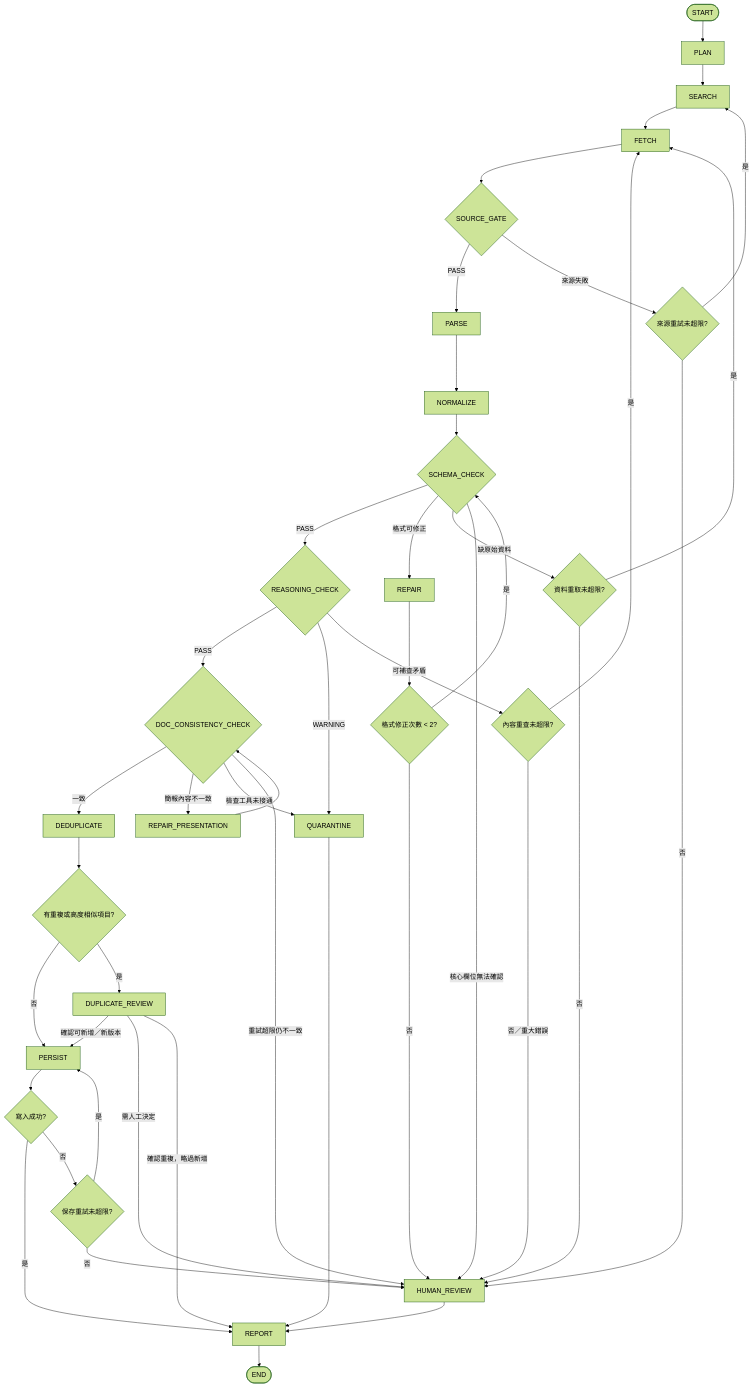
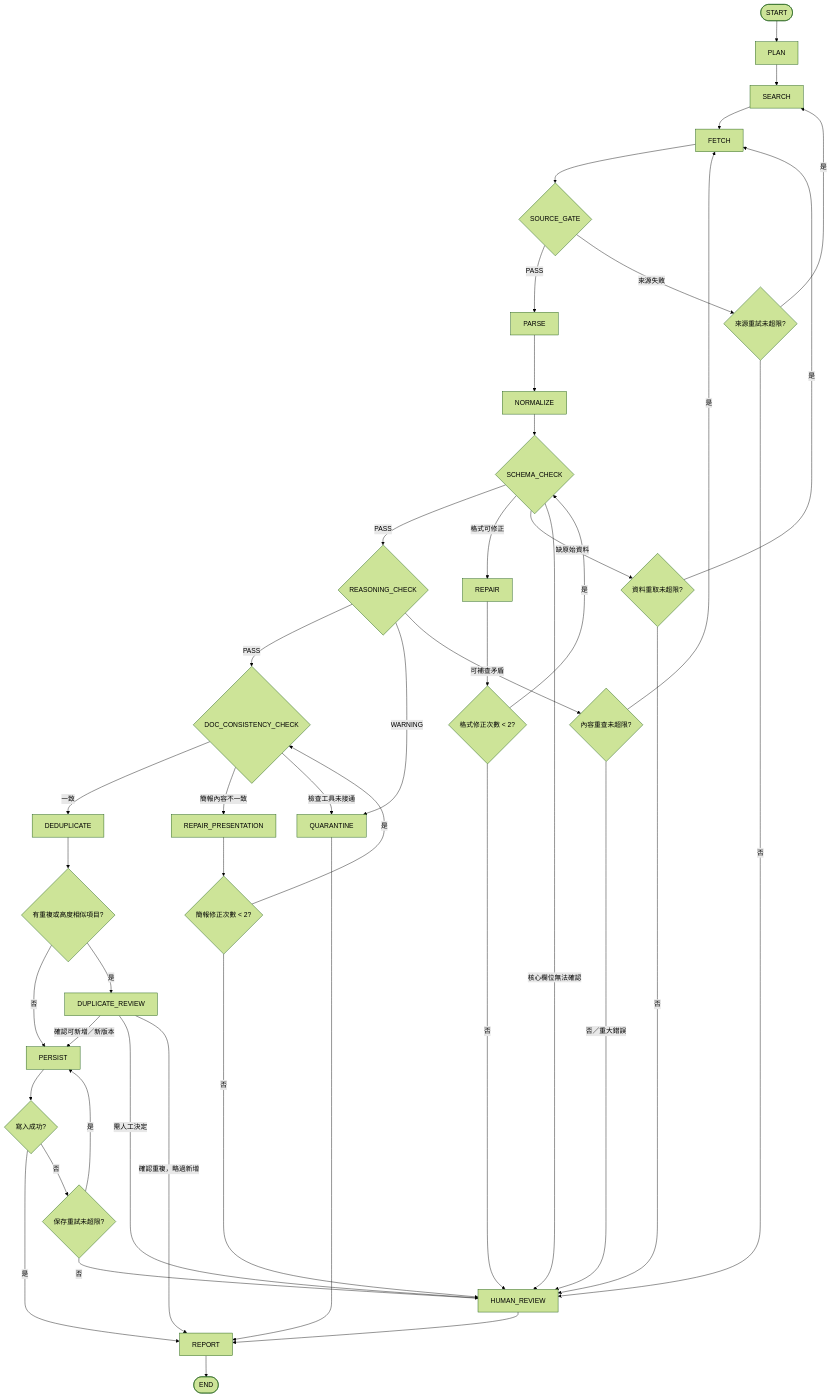
The diagram in workflows/recipe-graph.md (b101113002/Baking-wiki), drawn with Mermaid (forest theme) before and after one commit.

Commit message:
Add bounded presentation repair loop to Graph diagram

````diff
--- a/workflows/recipe-graph.md
+++ b/workflows/recipe-graph.md
@@ -39,41 +39,42 @@
 ```mermaid
 flowchart TD
     A([START]) --> B[PLAN] --> C[SEARCH] --> D[FETCH] --> E{SOURCE_GATE}
     E -->|PASS| F[PARSE]
     E -->|來源失敗| R1{來源重試未超限?}
     R1 -->|是| C
     R1 -->|否| H[HUMAN_REVIEW]
     F --> G[NORMALIZE] --> I{SCHEMA_CHECK}
     I -->|PASS| J{REASONING_CHECK}
     I -->|格式可修正| K[REPAIR] --> R5{格式修正次數 < 2?}
     R5 -->|是| I
     R5 -->|否| H
     I -->|缺原始資料| R2{資料重取未超限?}
     R2 -->|是| D
     R2 -->|否| H
     I -->|核心欄位無法確認| H
     J -->|PASS| DC{DOC_CONSISTENCY_CHECK}
     J -->|WARNING| Q[QUARANTINE]
     J -->|可補查矛盾| R3{內容重查未超限?}
     R3 -->|是| D
     R3 -->|否／重大錯誤| H
     DC -->|一致| L[DEDUPLICATE]
     DC -->|簡報內容不一致| RP[REPAIR_PRESENTATION]
-    RP --> DC
+    RP --> R6{簡報修正次數 < 2?}
+    R6 -->|是| DC
+    R6 -->|否| H
     DC -->|檢查工具未接通| Q
-    DC -->|重試超限仍不一致| H
     L --> M{有重複或高度相似項目?}
     M -->|否| N[PERSIST]
     M -->|是| O[DUPLICATE_REVIEW]
     O -->|確認可新增／新版本| N
     O -->|需人工決定| H
     O -->|確認重複，略過新增| P[REPORT]
     N --> S{寫入成功?}
     S -->|是| P
     S -->|否| R4{保存重試未超限?}
     R4 -->|是| N
     R4 -->|否| H
     Q --> P
     H --> P
     P --> T([END])
 ```
````
